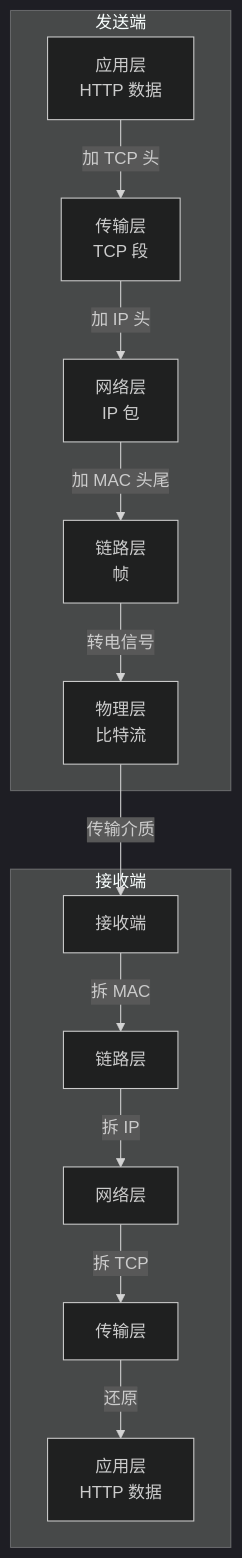
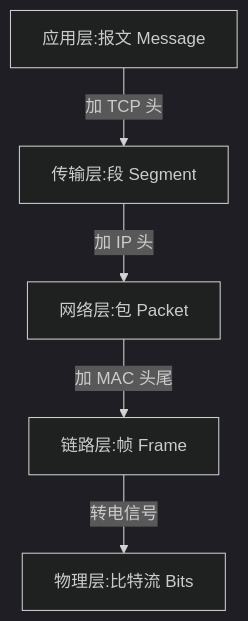
Before and after one commit to inspire-man/frontend-knowledge-base: the second of 2 diagrams in frontend-knowledge-base/卷四-网络与通信/4.1-网络分层模型.md, drawn with Mermaid (dark theme). The commit also changed other lines of this file and 2 other files, not shown here.

````diff
--- a/frontend-knowledge-base/卷四-网络与通信/4.1-网络分层模型.md
+++ b/frontend-knowledge-base/卷四-网络与通信/4.1-网络分层模型.md
@@ -31,16 +36,7 @@
 ```mermaid
 flowchart TB
-    subgraph 发送端
-    A[应用层<br/>HTTP 数据] -->|加 TCP 头| B[传输层<br/>TCP 段]
-    B -->|加 IP 头| C[网络层<br/>IP 包]
-    C -->|加 MAC 头尾| D[链路层<br/>帧]
-    D -->|转电信号| E[物理层<br/>比特流]
-    end
-    E -->|传输介质| F[接收端]
-    subgraph 接收端
-    F -->|拆 MAC| G[链路层]
-    G -->|拆 IP| H[网络层]
-    H -->|拆 TCP| I[传输层]
-    I -->|还原| J[应用层<br/>HTTP 数据]
-    end
+    A[应用层:报文 Message] -->|加 TCP 头| B[传输层:段 Segment]
+    B -->|加 IP 头| C[网络层:包 Packet]
+    C -->|加 MAC 头尾| D[链路层:帧 Frame]
+    D -->|转电信号| E[物理层:比特流 Bits]
 ```
````
